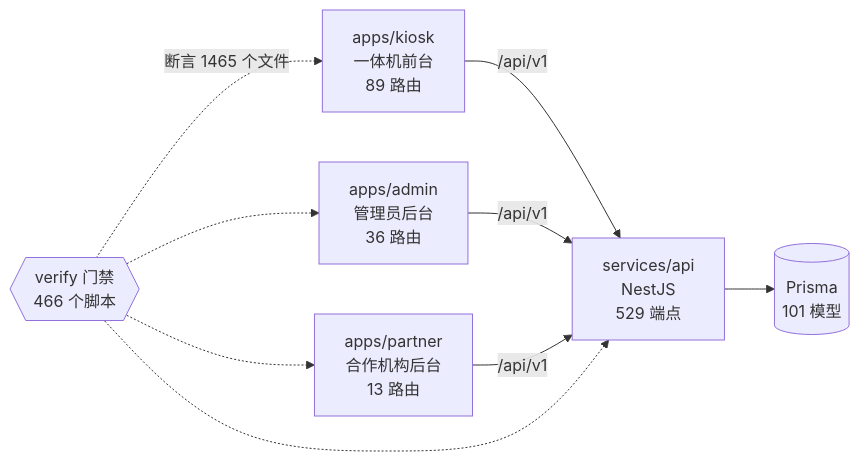
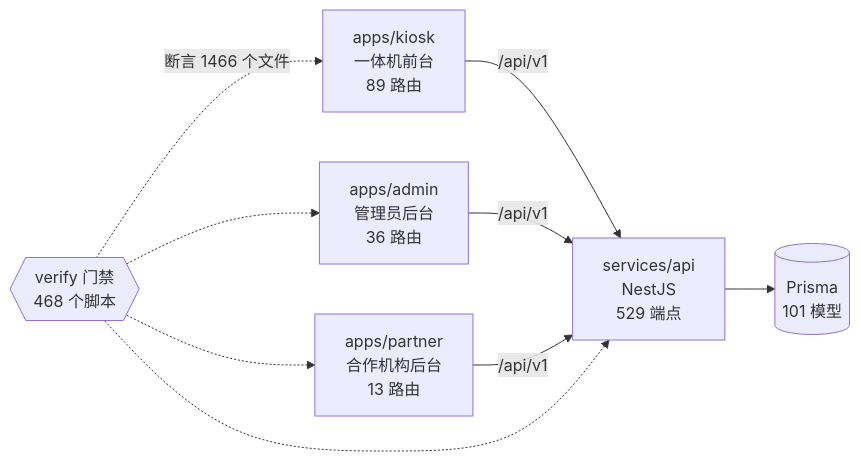
Before and after one commit to wanglei581/YITIJI: the diagram in docs/graph/README.md, drawn with Mermaid. The commit also changed other lines of this file and 8 other files, not shown here.

````diff
--- a/docs/graph/README.md
+++ b/docs/graph/README.md
@@ -68,18 +68,18 @@
 ```mermaid
 flowchart LR
   kiosk["apps/kiosk<br/>一体机前台<br/>89 路由"]
   admin["apps/admin<br/>管理员后台<br/>36 路由"]
   partner["apps/partner<br/>合作机构后台<br/>13 路由"]
   api["services/api<br/>NestJS<br/>529 端点"]
   db[("Prisma<br/>101 模型")]
-  gates{{"verify 门禁<br/>466 个脚本"}}
+  gates{{"verify 门禁<br/>468 个脚本"}}
 
   kiosk -->|"/api/v1"| api
   admin -->|"/api/v1"| api
   partner -->|"/api/v1"| api
   api --> db
-  gates -.->|"断言 1465 个文件"| kiosk
+  gates -.->|"断言 1466 个文件"| kiosk
   gates -.-> admin
   gates -.-> partner
   gates -.-> api
 ```
````
